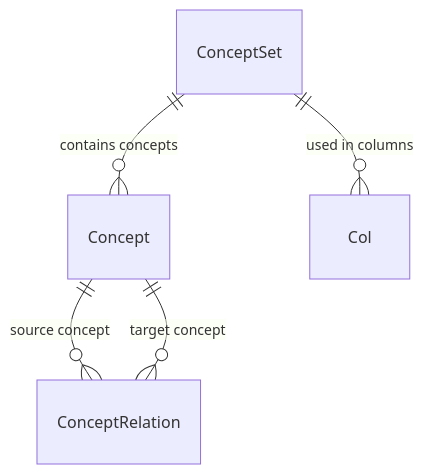
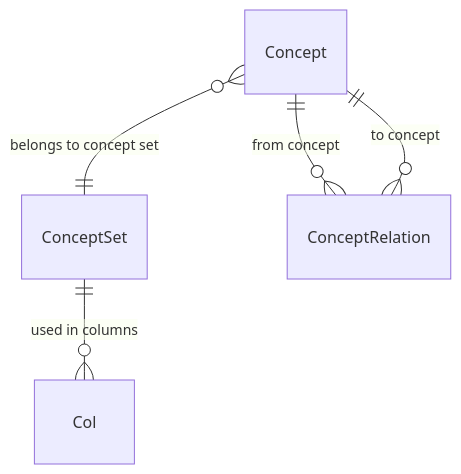
One commit to RIVM-bioinformatics/gen-epix-api changed the fourth of 7 diagrams in docs/casedb/case_models_erd.md. Above: the diagram before and after it, drawn with Mermaid. The commit also changed other lines of this file, not shown here.

Commit message:
fix(doc): correcting some diagrams with many-to-many relationships, correcting relation names etc.

````diff
--- a/docs/casedb/case_models_erd.md
+++ b/docs/casedb/case_models_erd.md
@@ -60,9 +65,9 @@
 ```mermaid
 erDiagram
-    ConceptSet ||--o{ Concept : "contains concepts"
+    Concept }o--|| ConceptSet : "belongs to concept set"
     
-    Concept ||--o{ ConceptRelation : "source concept"
-    Concept ||--o{ ConceptRelation : "target concept"
+    Concept ||--o{ ConceptRelation : "from concept"
+    Concept ||--o{ ConceptRelation : "to concept"
     
     ConceptSet ||--o{ Col : "used in columns"
 ```
````
